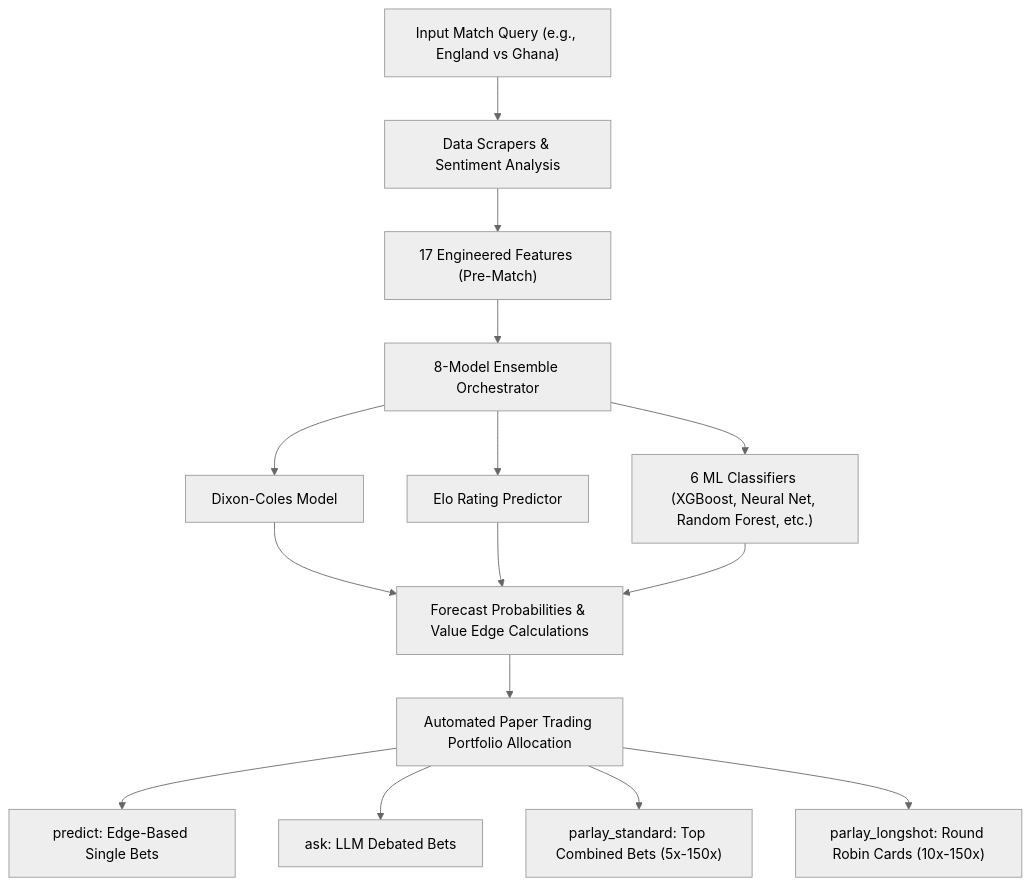
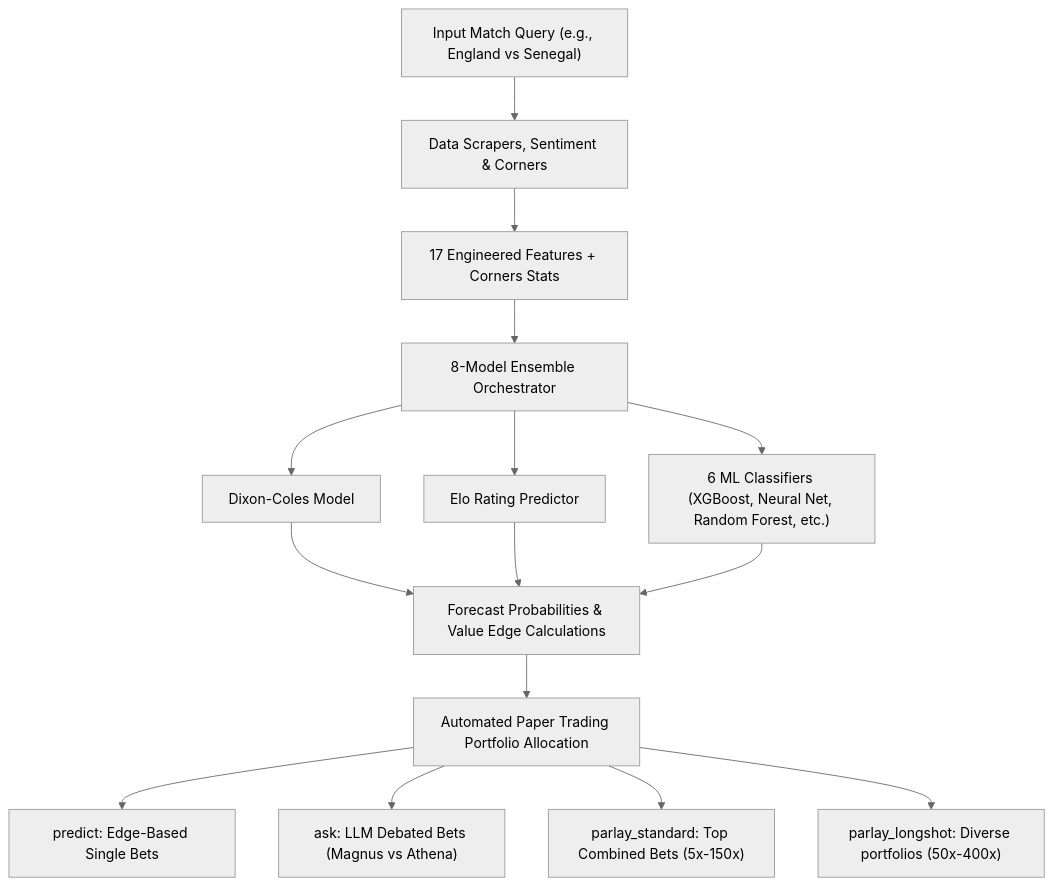
The first of 2 diagrams in README.md (sahildayal/EPL_LALIGA_PREDICTOR), drawn with Mermaid (neutral theme) before and after one commit. The commit also changed other lines of this file, not shown here.

Commit message:
docs: update README.md for Phase 2 & 3 features and bot renames

````diff
--- a/README.md
+++ b/README.md
@@ -50,15 +50,15 @@
 ```mermaid
 graph TD
-    A["Input Match Query (e.g., England vs Ghana)"] --> B["Data Scrapers & Sentiment Analysis"]
-    B --> C["17 Engineered Features (Pre-Match)"]
+    A["Input Match Query (e.g., England vs Senegal)"] --> B["Data Scrapers, Sentiment & Corners"]
+    B --> C["17 Engineered Features + Corners Stats"]
     C --> D["8-Model Ensemble Orchestrator"]
     D --> D1["Dixon-Coles Model"]
     D --> D2["Elo Rating Predictor"]
     D --> D3["6 ML Classifiers (XGBoost, Neural Net, Random Forest, etc.)"]
     D1 & D2 & D3 --> E["Forecast Probabilities & Value Edge Calculations"]
     E --> F["Automated Paper Trading Portfolio Allocation"]
     F --> F1["predict: Edge-Based Single Bets"]
-    F --> F2["ask: LLM Debated Bets"]
+    F --> F2["ask: LLM Debated Bets (Magnus vs Athena)"]
     F --> F3["parlay_standard: Top Combined Bets (5x-150x)"]
-    F --> F4["parlay_longshot: Round Robin Cards (10x-150x)"]
+    F --> F4["parlay_longshot: Diverse portfolios (50x-400x)"]
 ```
````
